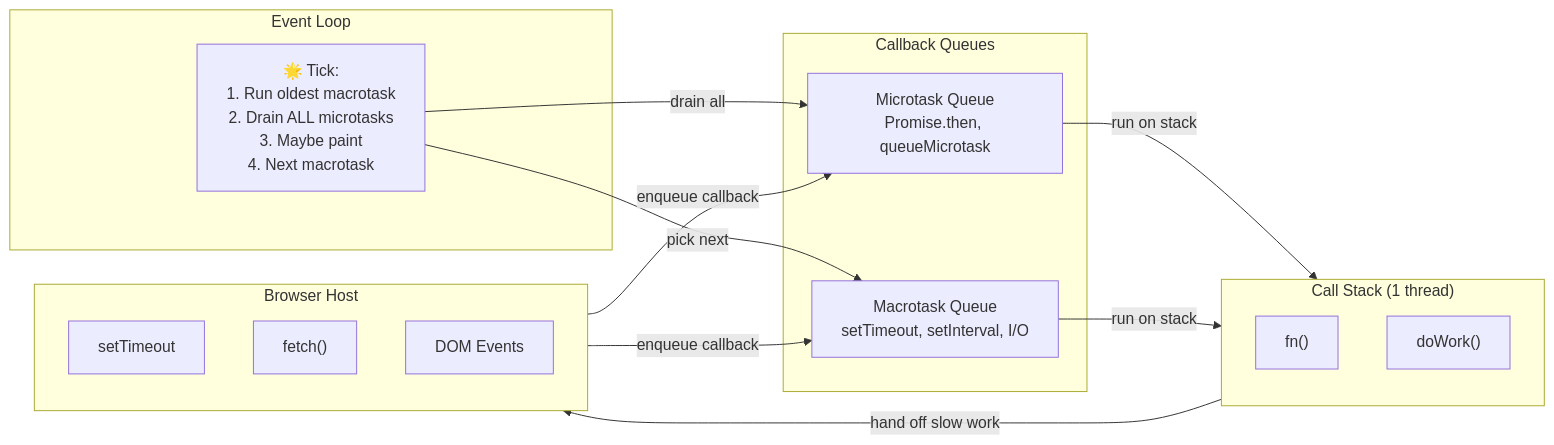
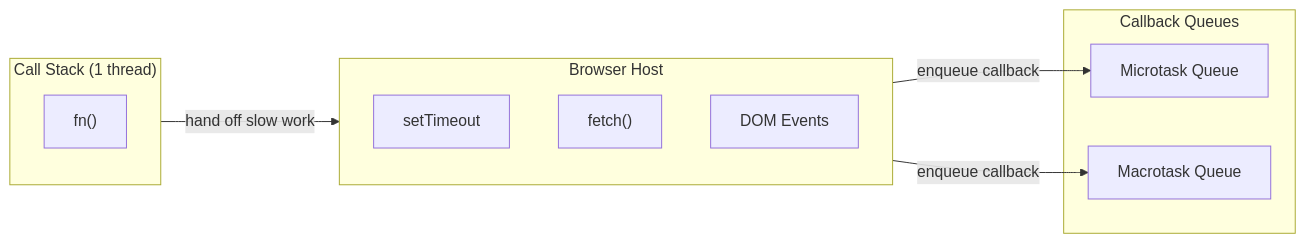
Before and after one commit to ashishxcode/frontend-internals: the first of 2 diagrams in packages/content/content/02-event-loop.mdx, drawn with Mermaid. The commit also changed other lines of this file and 34 other files, not shown here.

````diff
--- a/packages/content/content/02-event-loop.mdx
+++ b/packages/content/content/02-event-loop.mdx
@@ -54,30 +32,21 @@
 ```mermaid
 flowchart LR
   subgraph Stack ["Call Stack (1 thread)"]
     A["fn()"]
-    B["doWork()"]
   end
 
   subgraph Host ["Browser Host"]
     Timer["setTimeout"]
     Fetch["fetch()"]
     DOM["DOM Events"]
   end
 
   subgraph Queues ["Callback Queues"]
-    Micro["Microtask Queue<br/>Promise.then, queueMicrotask"]
-    Macro["Macrotask Queue<br/>setTimeout, setInterval, I/O"]
-  end
-
-  subgraph Loop ["Event Loop"]
-    Tick["🌟 Tick:<br/>1. Run oldest macrotask<br/>2. Drain ALL microtasks<br/>3. Maybe paint<br/>4. Next macrotask"]
+    Micro["Microtask Queue"]
+    Macro["Macrotask Queue"]
   end
 
   Stack -- "hand off slow work" --> Host
   Host -- "enqueue callback" --> Macro
   Host -- "enqueue callback" --> Micro
-  Tick -- "pick next" --> Macro
-  Tick -- "drain all" --> Micro
-  Micro -- "run on stack" --> Stack
-  Macro -- "run on stack" --> Stack
 ```
````
